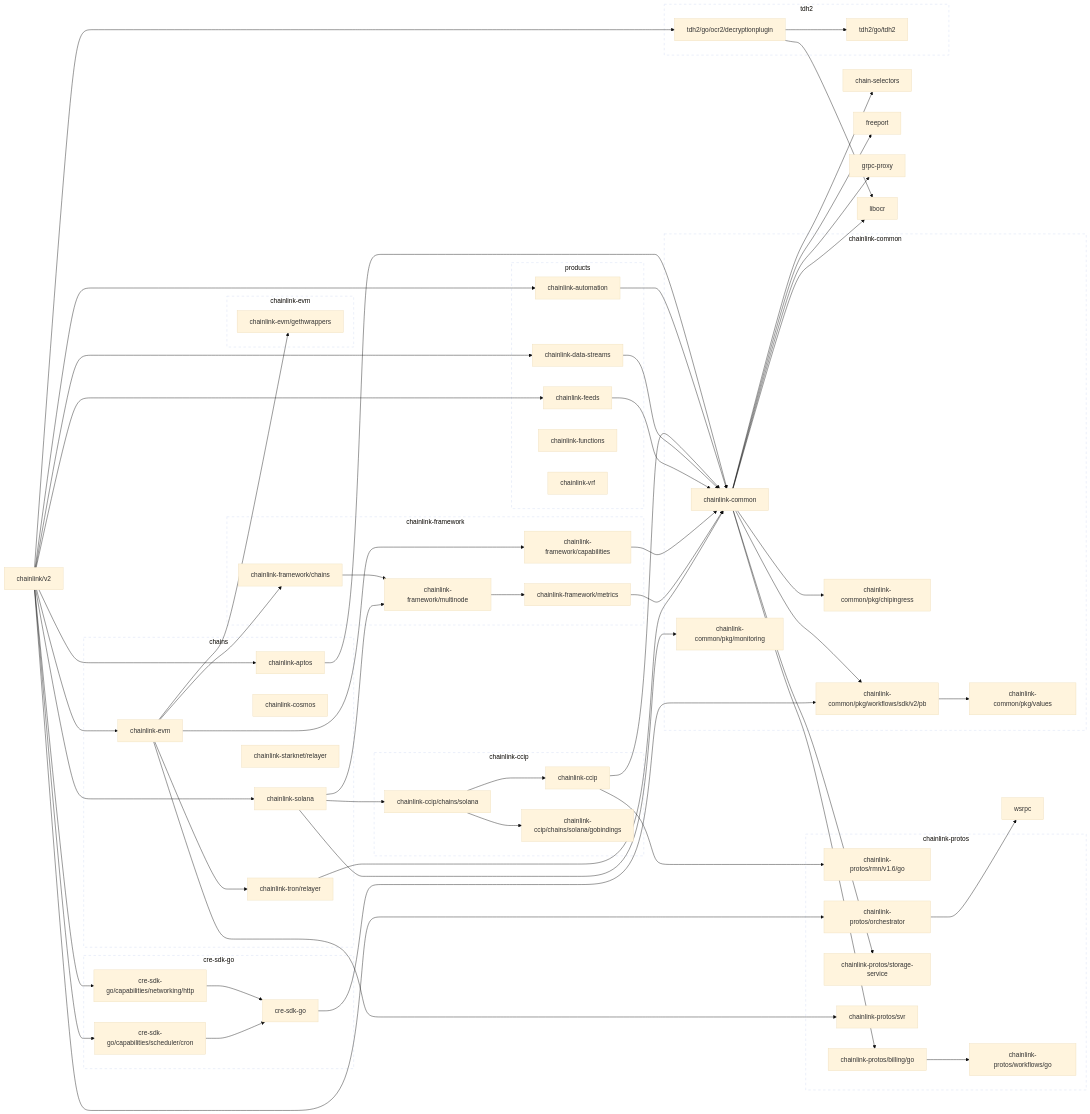
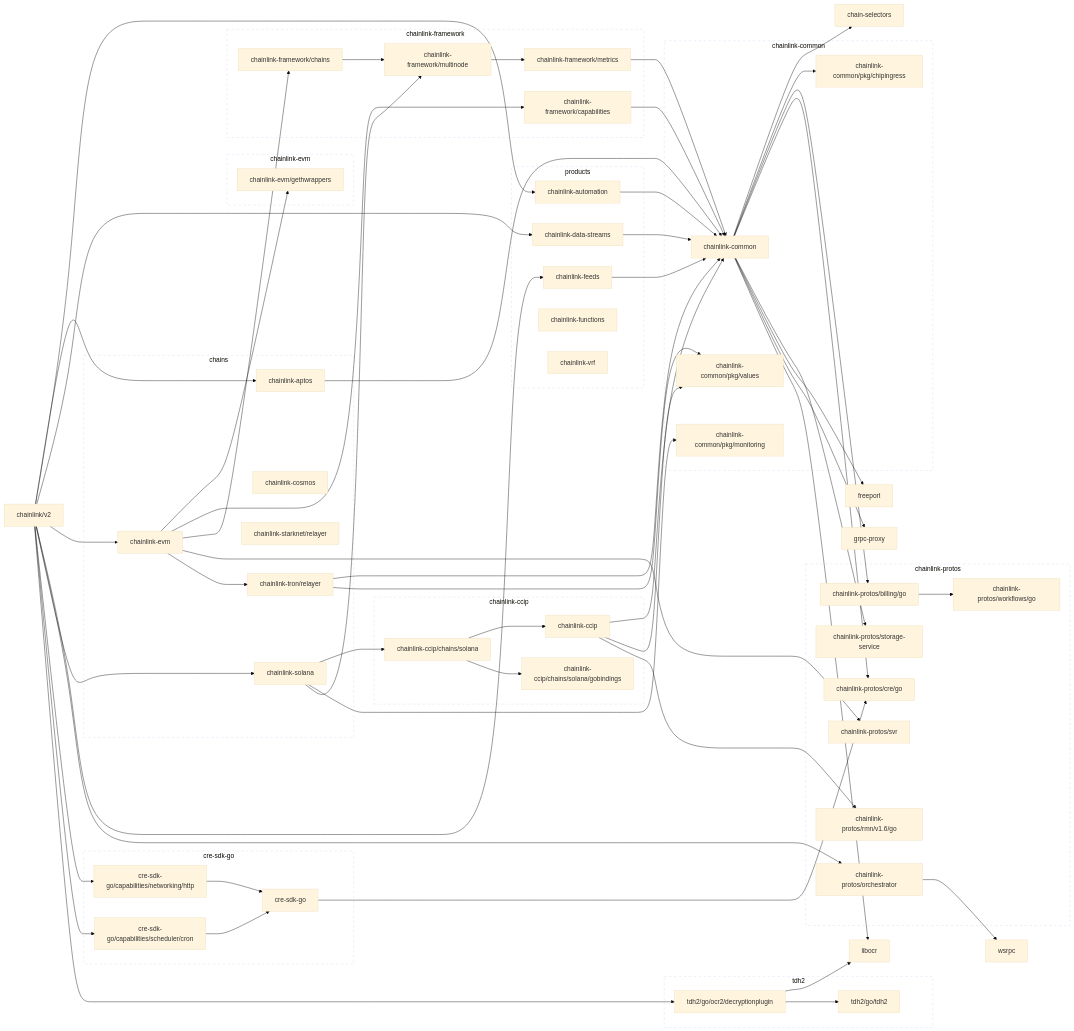
The first of 2 diagrams in go.md (JohnDaWalka/chainlink), drawn with Mermaid (base theme) before and after one commit. The commit also changed other lines of this file and 112 other files, not shown here.

First line of the commit message:
Move use of pkg values to protos (#18995)

```diff
--- a/go.md
+++ b/go.md
@@ -29,6 +29,7 @@
 	chainlink-automation --> chainlink-common
 	click chainlink-automation href "https://github.com/smartcontractkit/chainlink-automation"
 	chainlink-ccip --> chainlink-common
+	chainlink-ccip --> chainlink-common/pkg/values
 	chainlink-ccip --> chainlink-protos/rmn/v1.6/go
 	click chainlink-ccip href "https://github.com/smartcontractkit/chainlink-ccip"
 	chainlink-ccip/chains/solana --> chainlink-ccip
@@ -38,8 +39,8 @@
 	click chainlink-ccip/chains/solana/gobindings href "https://github.com/smartcontractkit/chainlink-ccip"
 	chainlink-common --> chain-selectors
 	chainlink-common --> chainlink-common/pkg/chipingress
-	chainlink-common --> chainlink-common/pkg/workflows/sdk/v2/pb
 	chainlink-common --> chainlink-protos/billing/go
+	chainlink-common --> chainlink-protos/cre/go
 	chainlink-common --> chainlink-protos/storage-service
 	chainlink-common --> freeport
 	chainlink-common --> grpc-proxy
@@ -51,8 +52,6 @@
 	click chainlink-common/pkg/monitoring href "https://github.com/smartcontractkit/chainlink-common"
 	chainlink-common/pkg/values
 	click chainlink-common/pkg/values href "https://github.com/smartcontractkit/chainlink-common"
-	chainlink-common/pkg/workflows/sdk/v2/pb --> chainlink-common/pkg/values
-	click chainlink-common/pkg/workflows/sdk/v2/pb href "https://github.com/smartcontractkit/chainlink-common"
 	chainlink-data-streams --> chainlink-common
 	click chainlink-data-streams href "https://github.com/smartcontractkit/chainlink-data-streams"
 	chainlink-evm --> chainlink-evm/gethwrappers
@@ -75,6 +74,8 @@
 	click chainlink-framework/multinode href "https://github.com/smartcontractkit/chainlink-framework"
 	chainlink-protos/billing/go --> chainlink-protos/workflows/go
 	click chainlink-protos/billing/go href "https://github.com/smartcontractkit/chainlink-protos"
+	chainlink-protos/cre/go
+	click chainlink-protos/cre/go href "https://github.com/smartcontractkit/chainlink-protos"
 	chainlink-protos/orchestrator --> wsrpc
 	click chainlink-protos/orchestrator href "https://github.com/smartcontractkit/chainlink-protos"
 	chainlink-protos/rmn/v1.6/go
@@ -90,6 +91,7 @@
 	chainlink-solana --> chainlink-framework/multinode
 	click chainlink-solana href "https://github.com/smartcontractkit/chainlink-solana"
 	chainlink-tron/relayer --> chainlink-common
+	chainlink-tron/relayer --> chainlink-common/pkg/values
 	click chainlink-tron/relayer href "https://github.com/smartcontractkit/chainlink-tron"
 	chainlink/v2 --> chainlink-aptos
 	chainlink/v2 --> chainlink-automation
@@ -102,7 +104,7 @@
 	chainlink/v2 --> cre-sdk-go/capabilities/scheduler/cron
 	chainlink/v2 --> tdh2/go/ocr2/decryptionplugin
 	click chainlink/v2 href "https://github.com/smartcontractkit/chainlink"
-	cre-sdk-go --> chainlink-common/pkg/workflows/sdk/v2/pb
+	cre-sdk-go --> chainlink-protos/cre/go
 	click cre-sdk-go href "https://github.com/smartcontractkit/cre-sdk-go"
 	cre-sdk-go/capabilities/networking/http --> cre-sdk-go
 	click cre-sdk-go/capabilities/networking/http href "https://github.com/smartcontractkit/cre-sdk-go"
@@ -134,7 +136,6 @@
 		 chainlink-common/pkg/chipingress
 		 chainlink-common/pkg/monitoring
 		 chainlink-common/pkg/values
-		 chainlink-common/pkg/workflows/sdk/v2/pb
 	end
 	click chainlink-common-repo href "https://github.com/smartcontractkit/chainlink-common"
 
@@ -154,6 +155,7 @@
 
 	subgraph chainlink-protos-repo[chainlink-protos]
 		 chainlink-protos/billing/go
+		 chainlink-protos/cre/go
 		 chainlink-protos/orchestrator
 		 chainlink-protos/rmn/v1.6/go
 		 chainlink-protos/storage-service
```
